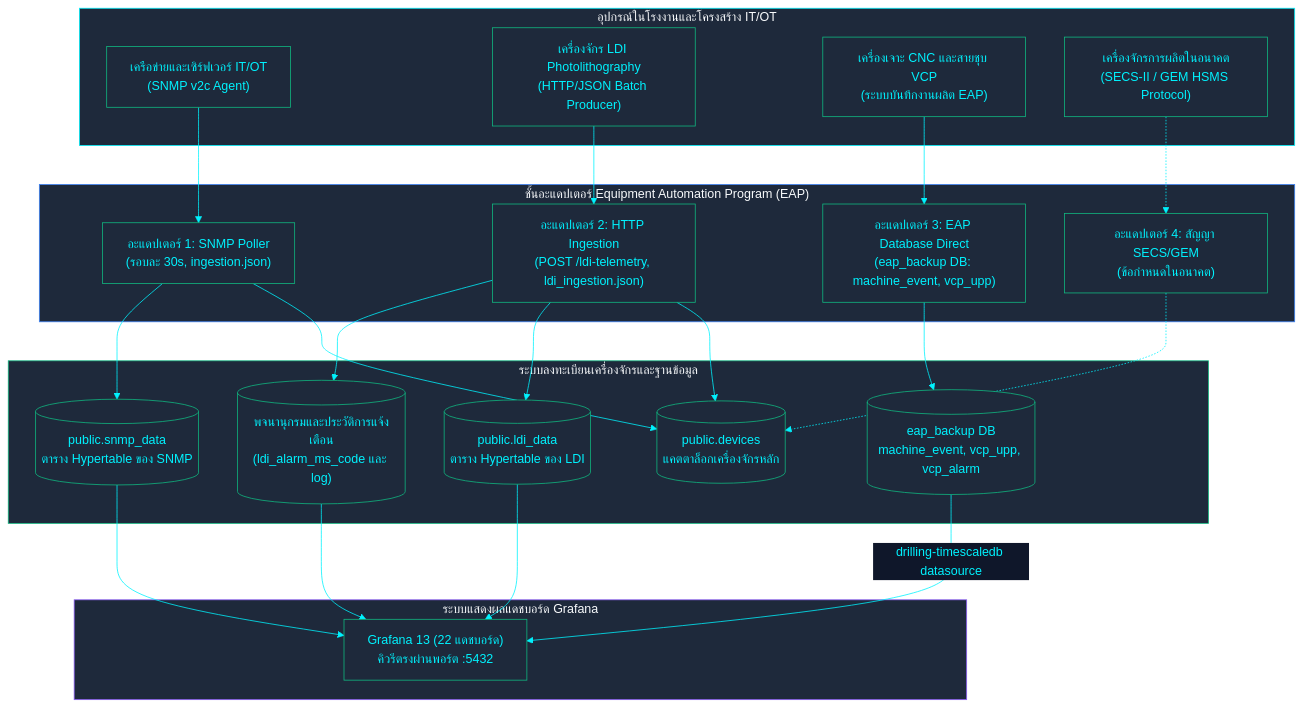
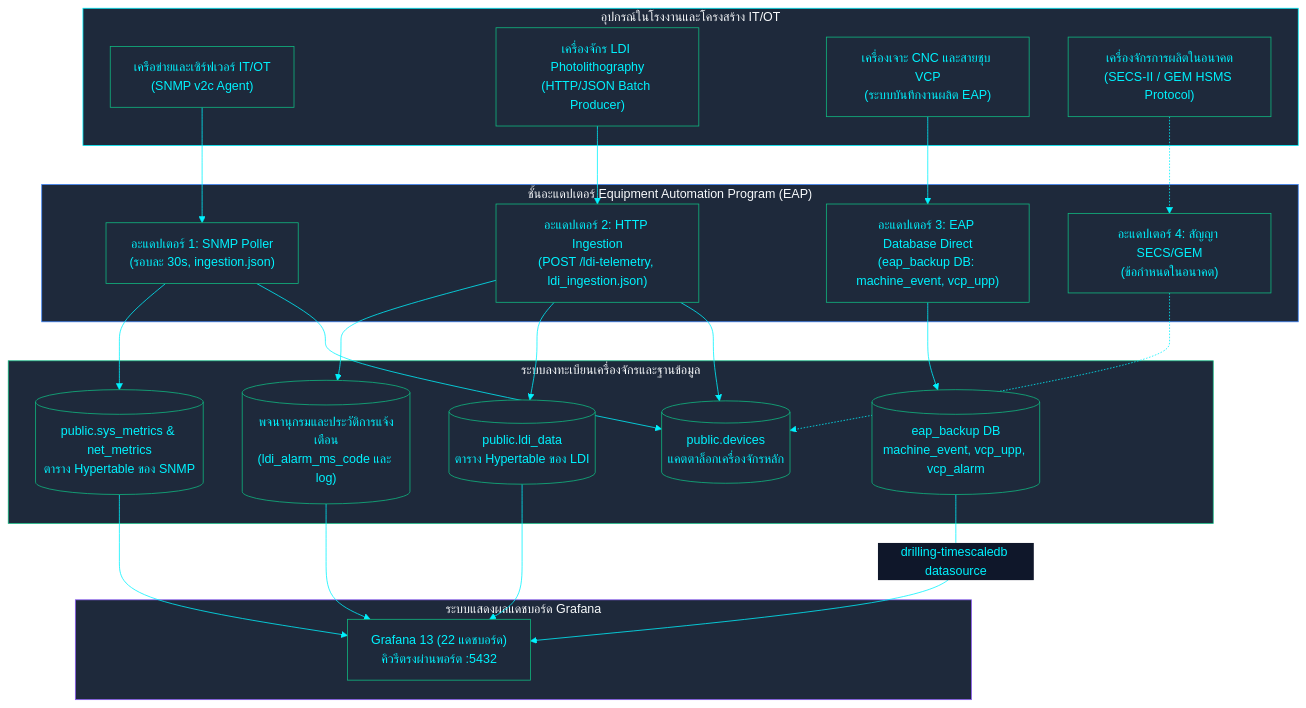
The diagram in th/docs/architecture/EAP_ARCHITECTURE.md (PATTANAKORN025/IMS), drawn with Mermaid before and after one commit. The commit also changed 19 other files, not shown here.

First line of the commit message:
docs(architecture): eliminate phantom snmp_data and align diagrams with true schema

````diff
--- a/th/docs/architecture/EAP_ARCHITECTURE.md
+++ b/th/docs/architecture/EAP_ARCHITECTURE.md
@@ -30,47 +30,47 @@
 ```mermaid
 %%{init: {'theme': 'base', 'themeVariables': { 'primaryColor': '#1e293b', 'primaryTextColor': '#00F2FE', 'primaryBorderColor': '#10B981', 'lineColor': '#00F2FE', 'secondaryColor': '#0f172a', 'tertiaryColor': '#0f172a', 'clusterBkg': '#030407', 'clusterBorder': '#00F2FE'}}}%%
 flowchart TB
   subgraph SOURCES["อุปกรณ์ในโรงงานและโครงสร้าง IT/OT"]
     S1["เครือข่ายและเซิร์ฟเวอร์ IT/OT\n(SNMP v2c Agent)"]
     S2["เครื่องจักร LDI Photolithography\n(HTTP/JSON Batch Producer)"]
     S3["เครื่องเจาะ CNC และสายชุบ VCP\n(ระบบบันทึกงานผลิต EAP)"]
     S4["เครื่องจักรการผลิตในอนาคต\n(SECS-II / GEM HSMS Protocol)"]
   end
 
   subgraph ADAPTERS["ชั้นอะแดปเตอร์ Equipment Automation Program (EAP)"]
     A1["อะแดปเตอร์ 1: SNMP Poller\n(รอบละ 30s, ingestion.json)"]
     A2["อะแดปเตอร์ 2: HTTP Ingestion\n(POST /ldi-telemetry, ldi_ingestion.json)"]
     A3["อะแดปเตอร์ 3: EAP Database Direct\n(eap_backup DB: machine_event, vcp_upp)"]
     A4["อะแดปเตอร์ 4: สัญญา SECS/GEM\n(ข้อกำหนดในอนาคต)"]
   end
 
   subgraph REGISTRY["ระบบลงทะเบียนเครื่องจักรและฐานข้อมูล"]
     DEV[("public.devices\nแคตตาล็อกเครื่องจักรหลัก")]
-    HT_SYS[("public.snmp_data\nตาราง Hypertable ของ SNMP")]
+    HT_SYS[("public.sys_metrics & net_metrics\nตาราง Hypertable ของ SNMP")]
     HT_LDI[("public.ldi_data\nตาราง Hypertable ของ LDI")]
     EAP_DB[("eap_backup DB\nmachine_event, vcp_upp, vcp_alarm")]
     ALARM[("พจนานุกรมและประวัติการแจ้งเตือน\n(ldi_alarm_ms_code และ log)")]
   end
 
   subgraph VISUALIZATION["ระบบแสดงผลแดชบอร์ด Grafana"]
     GRAF["Grafana 13 (22 แดชบอร์ด)\nคิวรีตรงผ่านพอร์ต :5432"]
   end
 
   S1 --> A1 --> DEV
   A1 --> HT_SYS
   S2 --> A2 --> DEV
   A2 --> HT_LDI
   A2 --> ALARM
   S3 --> A3 --> EAP_DB
   S4 -.-> A4 -.-> DEV
 
   HT_SYS --> GRAF
   HT_LDI --> GRAF
   EAP_DB -->|"drilling-timescaledb datasource"| GRAF
   ALARM --> GRAF
 
   style SOURCES fill:#1e293b,stroke:#00F2FE,color:#f8fafc
   style ADAPTERS fill:#1e293b,stroke:#3b82f6,color:#f8fafc
   style REGISTRY fill:#1e293b,stroke:#10B981,color:#f8fafc
   style VISUALIZATION fill:#1e293b,stroke:#8B5CF6,color:#f8fafc
 ```
````
